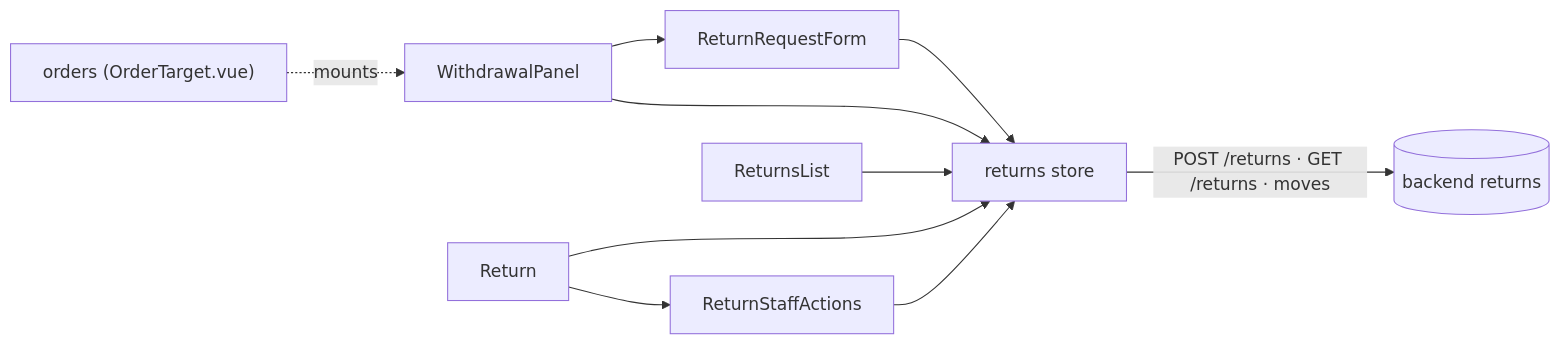
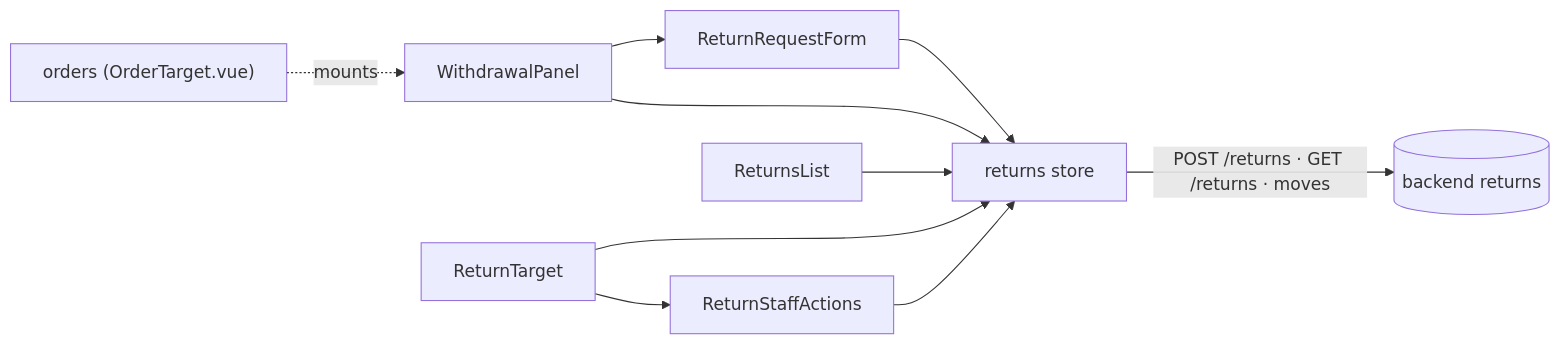
The first of 3 diagrams in docs/modules/returns.md (Guebbit/boilerplate-vue-frontend), drawn with Mermaid before and after one commit. The commit also changed other lines of this file and 7 other files, not shown here.

````diff
--- a/docs/modules/returns.md
+++ b/docs/modules/returns.md
@@ -36,12 +36,12 @@
 ```mermaid
 flowchart LR
     orders["orders (OrderTarget.vue)"] -.->|mounts| panel["WithdrawalPanel"]
     panel --> form["ReturnRequestForm"]
     form --> store["returns store"]
     panel --> store
     list["ReturnsList"] --> store
-    detail["Return"] --> store
+    detail["ReturnTarget"] --> store
     detail --> staff["ReturnStaffActions"]
     staff --> store
     store -->|"POST /returns · GET /returns · moves"| api[("backend returns")]
 ```
````
